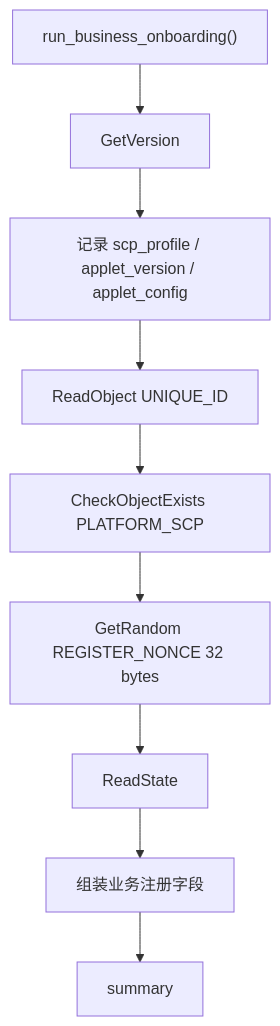
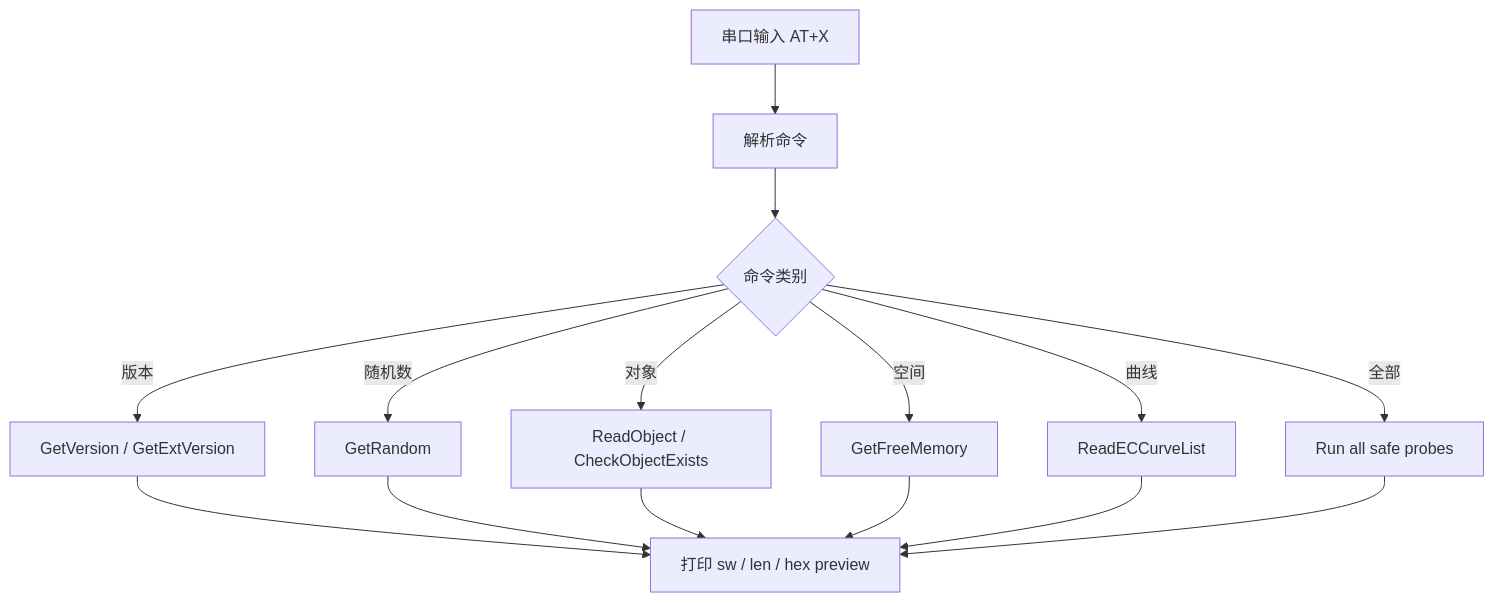
One commit to tianrking/nrf54lm20-se05x-ncs changed the first of 4 diagrams in demo/README.md. Above: the diagram before and after it, drawn with Mermaid. The commit also changed other lines of this file and 11 other files, not shown here.

````diff
--- a/demo/README.md
+++ b/demo/README.md
@@ -429,11 +53,17 @@
 ```mermaid
 flowchart TD
-    A["run_business_onboarding()"] --> B["GetVersion"]
-    B --> C["记录 scp_profile / applet_version / applet_config"]
-    C --> D["ReadObject UNIQUE_ID"]
-    D --> E["CheckObjectExists PLATFORM_SCP"]
-    E --> F["GetRandom REGISTER_NONCE 32 bytes"]
-    F --> G["ReadState"]
-    G --> H["组装业务注册字段"]
-    H --> I["summary"]
+    A["串口输入 AT+X"] --> B["解析命令"]
+    B --> C{"命令类别"}
+    C -->|版本| D["GetVersion / GetExtVersion"]
+    C -->|随机数| E["GetRandom"]
+    C -->|对象| F["ReadObject / CheckObjectExists"]
+    C -->|空间| G["GetFreeMemory"]
+    C -->|曲线| H["ReadECCurveList"]
+    C -->|全部| I["Run all safe probes"]
+    D --> J["打印 sw / len / hex preview"]
+    E --> J
+    F --> J
+    G --> J
+    H --> J
+    I --> J
 ```
````
